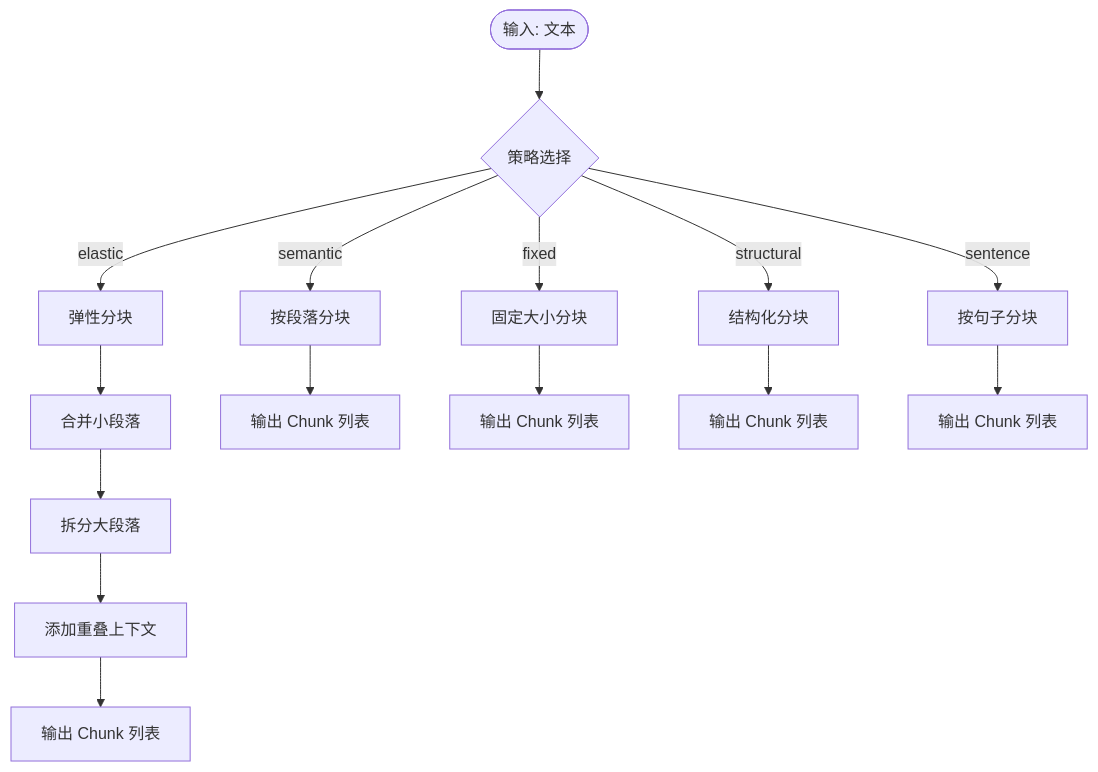
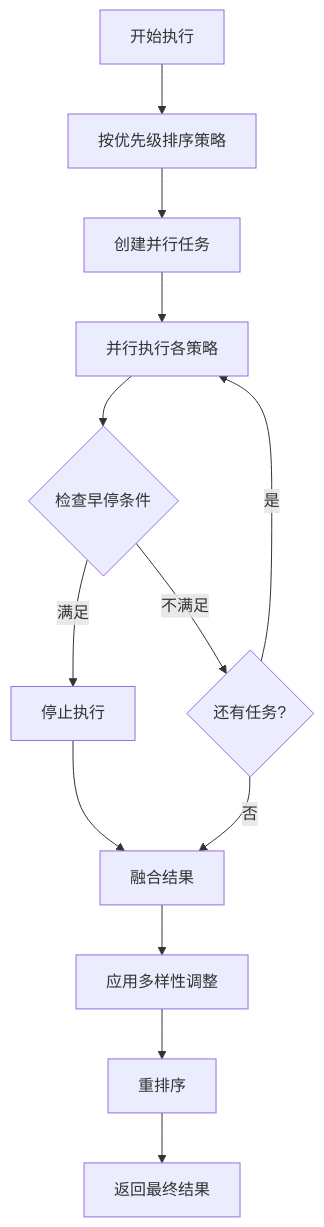
One commit to JieGaoPrinceton/NecoRAG changed the fifth of 7 diagrams in .qoder/repowiki/zh/content/感知引擎模块/感知引擎模块.md. Above: the diagram before and after it, drawn with Mermaid. The commit also changed other lines of this file and 82 other files, not shown here.

````diff
--- a/.qoder/repowiki/zh/content/感知引擎模块/感知引擎模块.md
+++ b/.qoder/repowiki/zh/content/感知引擎模块/感知引擎模块.md
@@ -189,17 +225,15 @@
 ```mermaid
 flowchart TD
-S(["输入: 文本"]) --> Decide{"策略选择"}
-Decide --> |elastic| Elastic["弹性分块"]
-Decide --> |semantic| Semantic["按段落分块"]
-Decide --> |fixed| Fixed["固定大小分块"]
-Decide --> |structural| Struct["结构化分块"]
-Decide --> |sentence| Sent["按句子分块"]
-Elastic --> Merge["合并小段落"]
-Merge --> SplitLarge["拆分大段落"]
-SplitLarge --> Overlap["添加重叠上下文"]
-Overlap --> Out1["输出 Chunk 列表"]
-Semantic --> Out2["输出 Chunk 列表"]
-Fixed --> Out3["输出 Chunk 列表"]
-Struct --> Out4["输出 Chunk 列表"]
-Sent --> Out5["输出 Chunk 列表"]
+Start["开始执行"] --> Sort["按优先级排序策略"]
+Sort --> CreateTasks["创建并行任务"]
+CreateTasks --> Execute["并行执行各策略"]
+Execute --> CheckStop{"检查早停条件"}
+CheckStop --> |满足| Stop["停止执行"]
+CheckStop --> |不满足| MoreTasks{"还有任务?"}
+MoreTasks --> |是| Execute
+MoreTasks --> |否| Fuse["融合结果"]
+Stop --> Fuse
+Fuse --> Diversity["应用多样性调整"]
+Diversity --> ReRank["重排序"]
+ReRank --> End["返回最终结果"]
 ```
````
